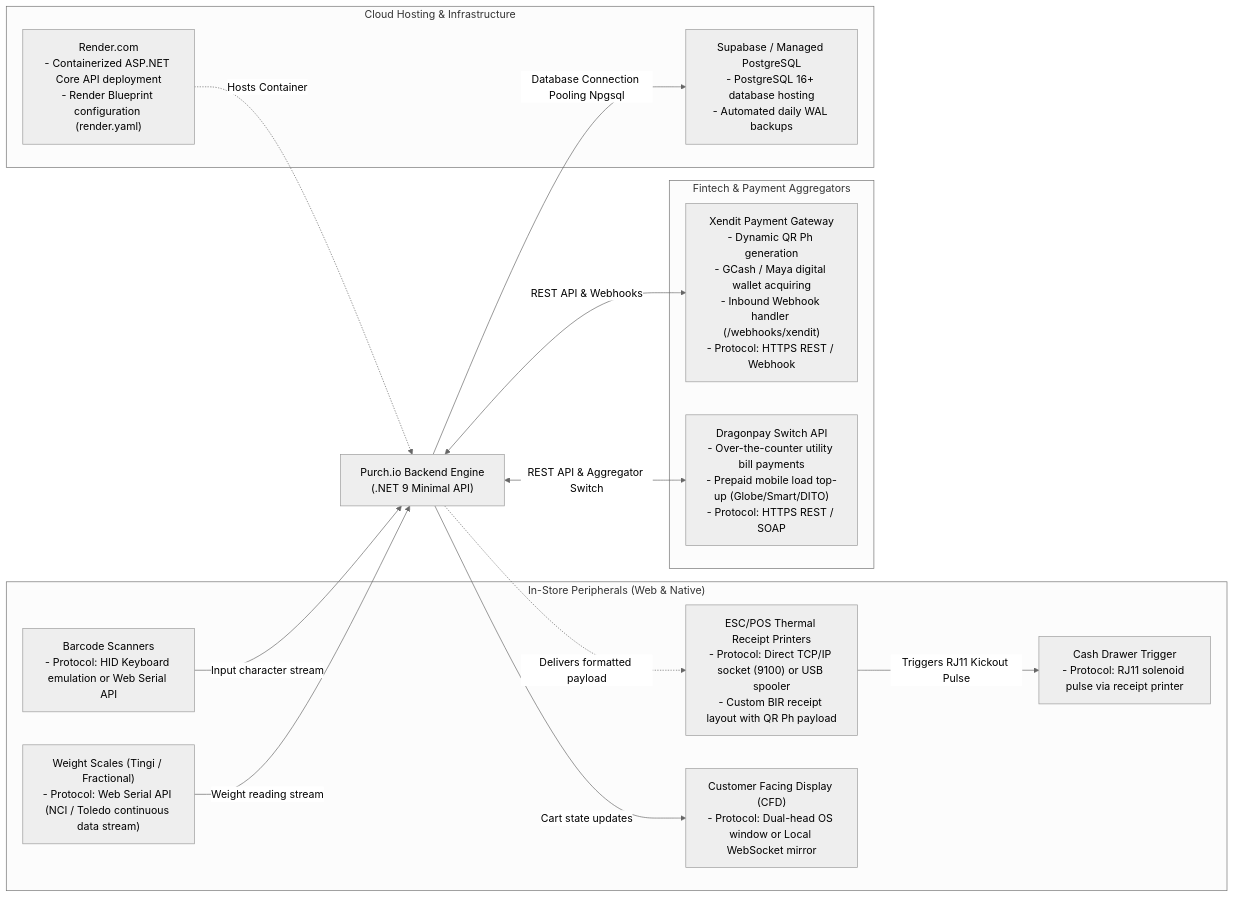
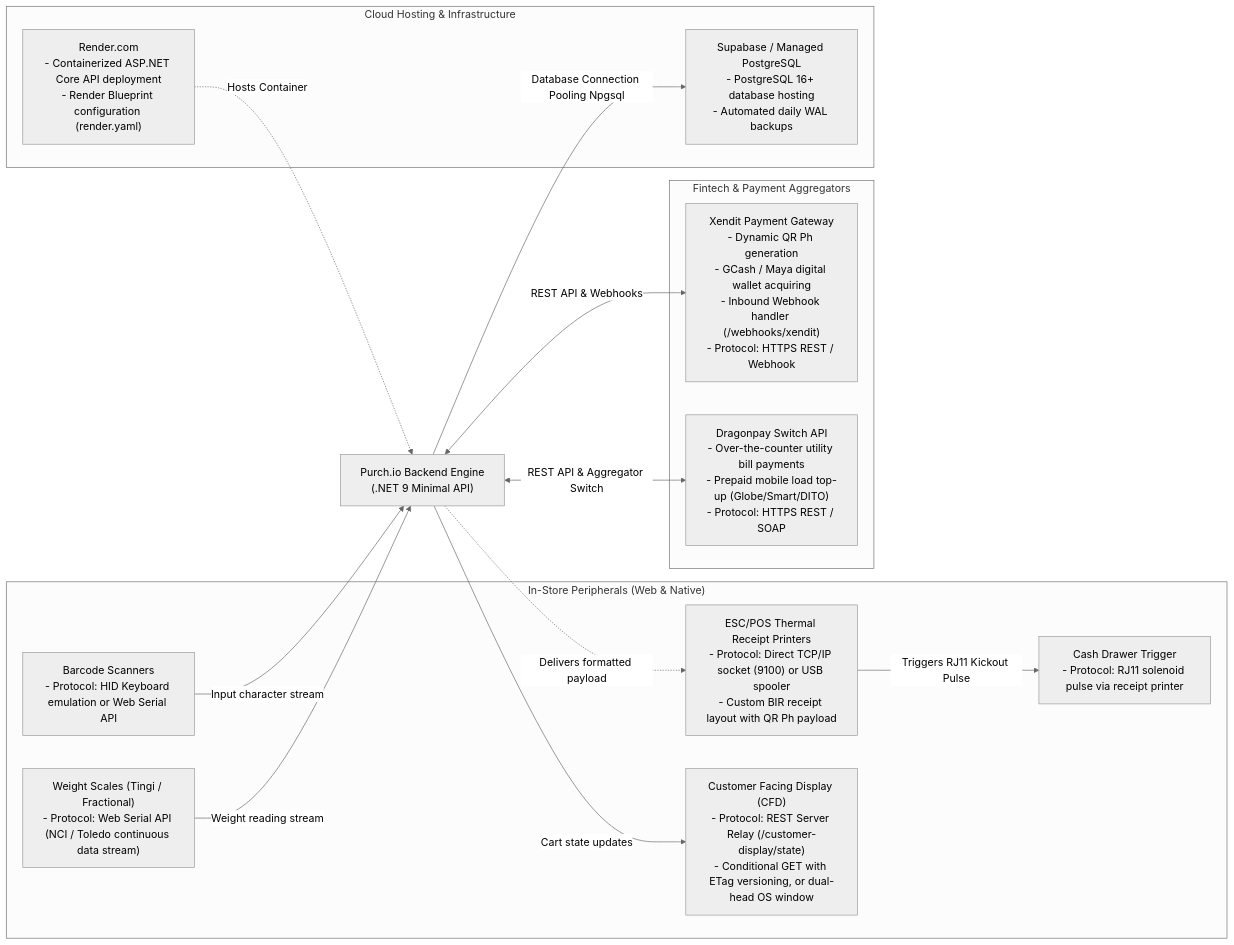
One commit to CosmicMashups/Purch.io changed the diagram in docs/system-analysis/08-integration-map.mmd. Above: the diagram before and after it, drawn with Mermaid (neutral theme). The commit also changed 29 other files, not shown here.

First line of the commit message:
feat(auth): customer display paired to a Register, fed through the server

```diff
--- a/docs/system-analysis/08-integration-map.mmd
+++ b/docs/system-analysis/08-integration-map.mmd
@@ -1,32 +1,32 @@
 flowchart LR
     PURCH_CORE["Purch.io Backend Engine<br/>(.NET 9 Minimal API)"]
 
     subgraph FINTECH["Fintech & Payment Aggregators"]
         XENDIT["Xendit Payment Gateway<br/>- Dynamic QR Ph generation<br/>- GCash / Maya digital wallet acquiring<br/>- Inbound Webhook handler (/webhooks/xendit)<br/>- Protocol: HTTPS REST / Webhook"]
         DRAGONPAY["Dragonpay Switch API<br/>- Over-the-counter utility bill payments<br/>- Prepaid mobile load top-up (Globe/Smart/DITO)<br/>- Protocol: HTTPS REST / SOAP"]
     end
 
     subgraph HARDWARE_INTEG["In-Store Peripherals (Web & Native)"]
         ESCPOS["ESC/POS Thermal Receipt Printers<br/>- Protocol: Direct TCP/IP socket (9100) or USB spooler<br/>- Custom BIR receipt layout with QR Ph payload"]
         BARCODE["Barcode Scanners<br/>- Protocol: HID Keyboard emulation or Web Serial API"]
         SCALES["Weight Scales (Tingi / Fractional)<br/>- Protocol: Web Serial API (NCI / Toledo continuous data stream)"]
-        CFD_SCREEN["Customer Facing Display (CFD)<br/>- Protocol: Dual-head OS window or Local WebSocket mirror"]
+        CFD_SCREEN["Customer Facing Display (CFD)<br/>- Protocol: REST Server Relay (/customer-display/state)<br/>- Conditional GET with ETag versioning, or dual-head OS window"]
         CASH_DRAWER["Cash Drawer Trigger<br/>- Protocol: RJ11 solenoid pulse via receipt printer"]
     end
 
     subgraph CLOUD_INFRA["Cloud Hosting & Infrastructure"]
         RENDER["Render.com<br/>- Containerized ASP.NET Core API deployment<br/>- Render Blueprint configuration (render.yaml)"]
         SUPABASE["Supabase / Managed PostgreSQL<br/>- PostgreSQL 16+ database hosting<br/>- Automated daily WAL backups"]
     end
 
     PURCH_CORE <-->|REST API & Webhooks| XENDIT
     PURCH_CORE <-->|REST API & Aggregator Switch| DRAGONPAY
 
     PURCH_CORE -->|Database Connection Pooling Npgsql| SUPABASE
     RENDER -.->|Hosts Container| PURCH_CORE
 
     PURCH_CORE -.->|Delivers formatted payload| ESCPOS
     ESCPOS -->|Triggers RJ11 Kickout Pulse| CASH_DRAWER
     BARCODE -->|Input character stream| PURCH_CORE
     SCALES -->|Weight reading stream| PURCH_CORE
     PURCH_CORE -->|Cart state updates| CFD_SCREEN
```
